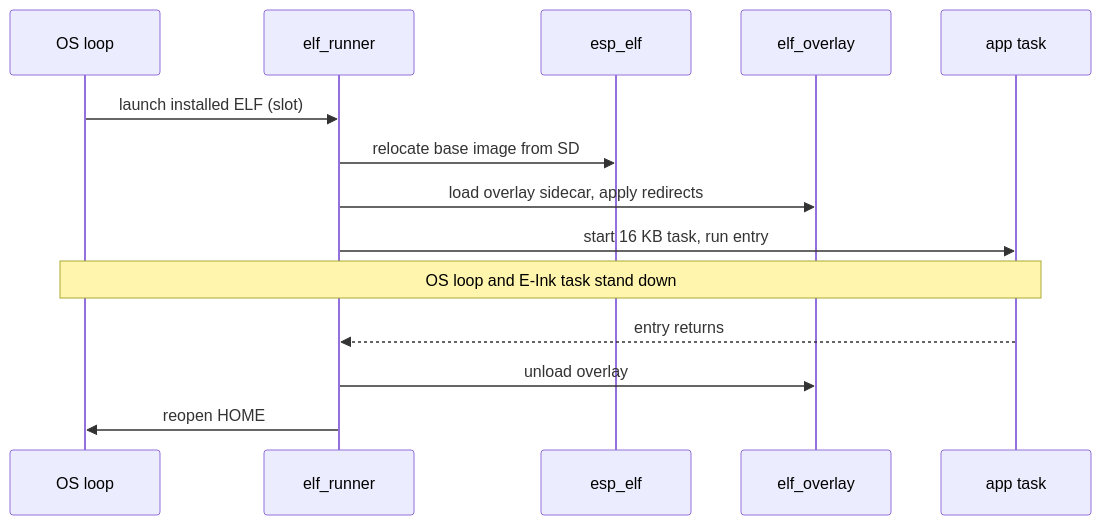
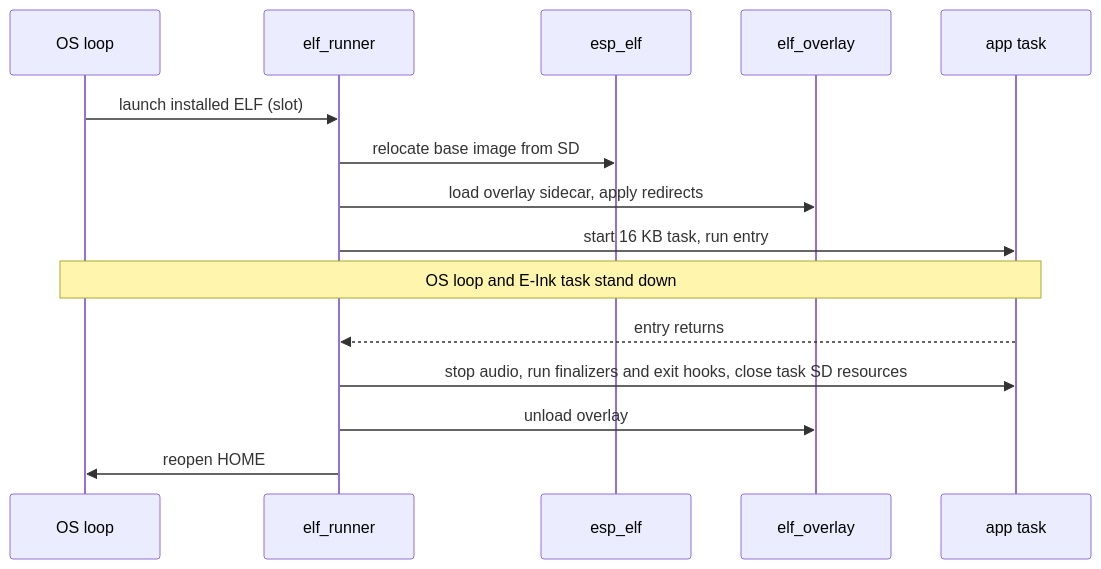
One commit to TalismanDesign/PocketMage_PDA changed the third of 3 diagrams in Docs/docs/development/architecture.md. Above: the diagram before and after it, drawn with Mermaid. The commit also changed other lines of this file and 48 other files, not shown here.

````diff
--- a/Docs/docs/development/architecture.md
+++ b/Docs/docs/development/architecture.md
@@ -87,16 +110,17 @@
 ```mermaid
 sequenceDiagram
     participant OS as OS loop
     participant RN as elf_runner
     participant EE as esp_elf
     participant OV as elf_overlay
     participant APP as app task
     OS->>RN: launch installed ELF (slot)
     RN->>EE: relocate base image from SD
     RN->>OV: load overlay sidecar, apply redirects
     RN->>APP: start 16 KB task, run entry
     Note over OS,APP: OS loop and E-Ink task stand down
     APP-->>RN: entry returns
+    RN->>APP: stop audio, run finalizers and exit hooks, close task SD resources
     RN->>OV: unload overlay
     RN->>OS: reopen HOME
 ```
````
